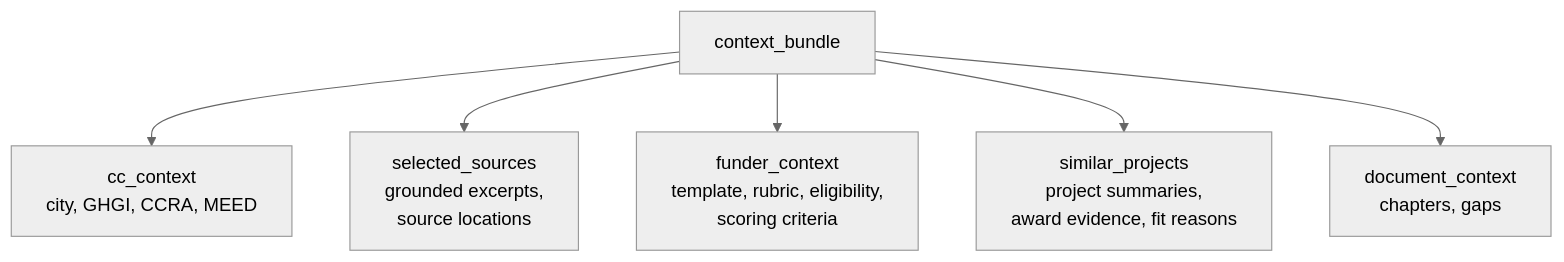
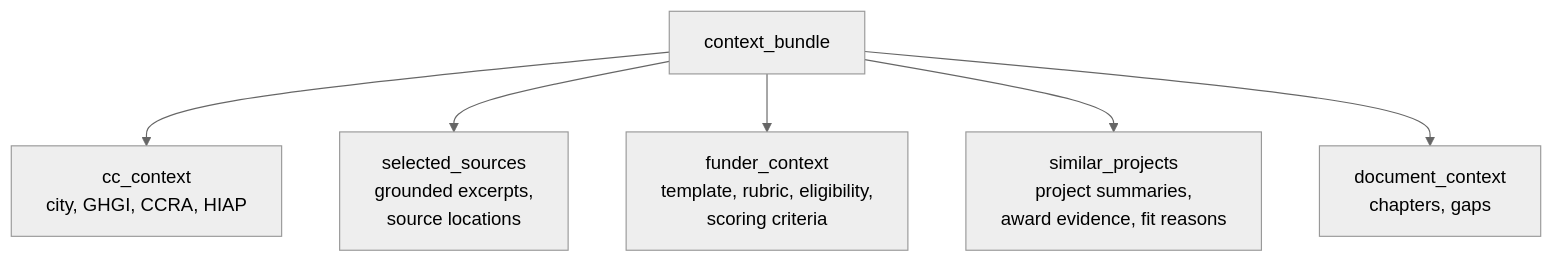
One commit to Open-Earth-Foundation/CityCatalyst changed the fifth of 14 diagrams in docs/ConceptNoteBuilderArchitecture.md. Above: the diagram before and after it, drawn with Mermaid (neutral theme). The commit also changed other lines of this file and 15 other files, not shown here.

Commit message:
feat: switch CNB context from MEED to HIAP

````diff
--- a/docs/ConceptNoteBuilderArchitecture.md
+++ b/docs/ConceptNoteBuilderArchitecture.md
@@ -426,9 +426,9 @@
 ```mermaid
 flowchart TB
     Bundle["context_bundle"]
-    Bundle --> CCSummary["cc_context<br/>city, GHGI, CCRA, MEED"]
+    Bundle --> CCSummary["cc_context<br/>city, GHGI, CCRA, HIAP"]
     Bundle --> Sources["selected_sources<br/>grounded excerpts,<br/>source locations"]
     Bundle --> Funder["funder_context<br/>template, rubric, eligibility,<br/>scoring criteria"]
     Bundle --> Examples["similar_projects<br/>project summaries,<br/>award evidence, fit reasons"]
     Bundle --> Draft["document_context<br/>chapters, gaps"]
 ```
````
